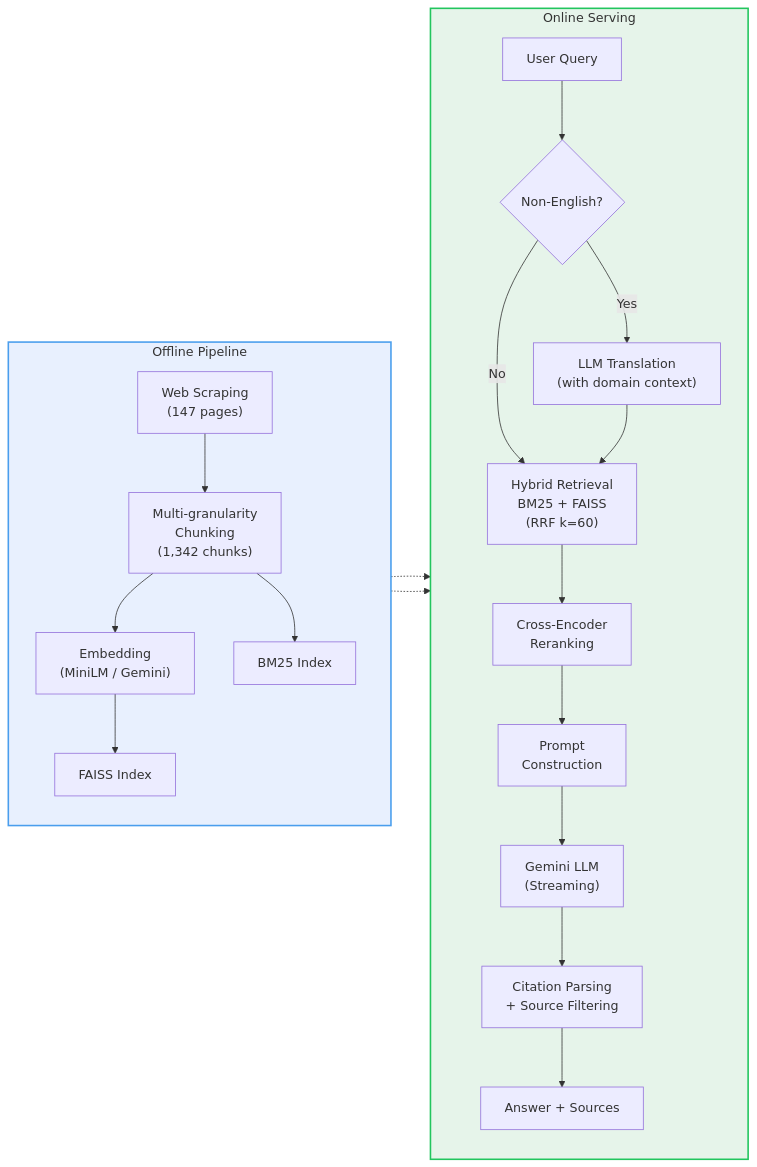
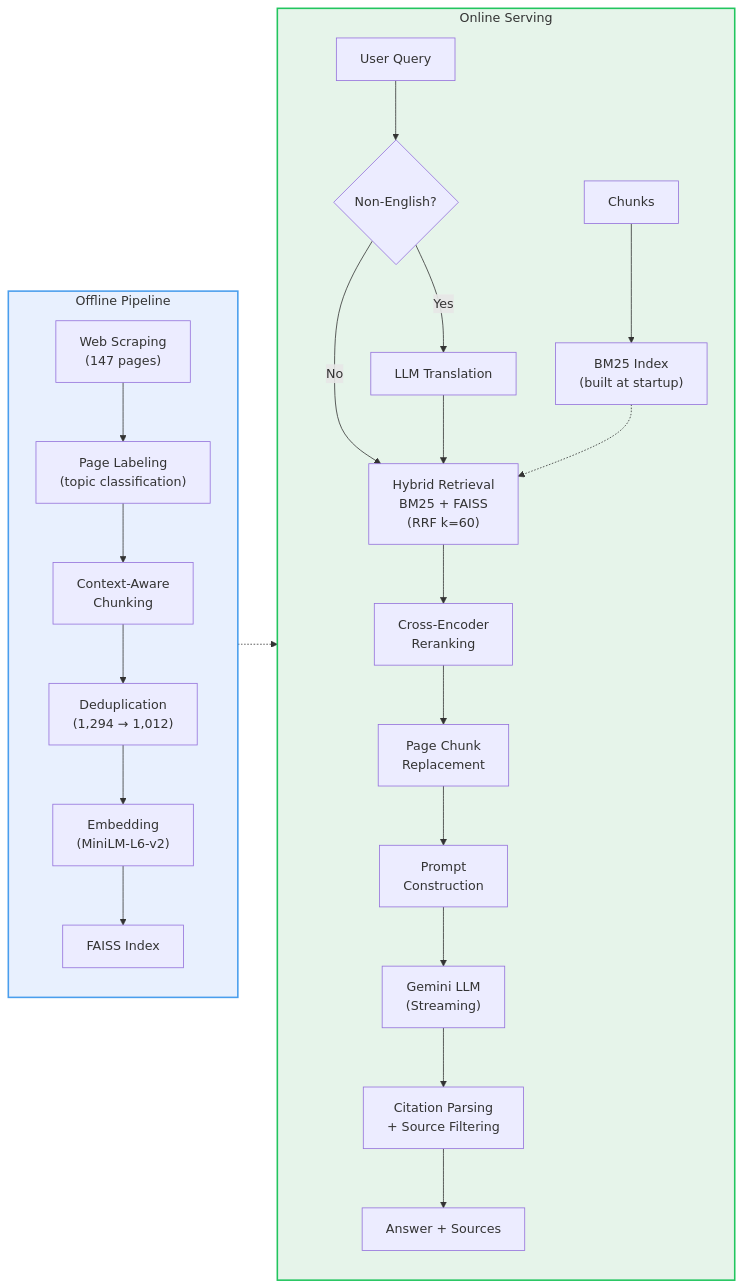
One commit to Michellexpeng/UChicago_ADS_RAG changed the diagram in README.md. Above: the diagram before and after it, drawn with Mermaid. The commit also changed other lines of this file and 8 other files, not shown here.

````diff
--- a/README.md
+++ b/README.md
@@ -65,28 +91,31 @@
 ```mermaid
 graph LR
   subgraph offline ["Offline Pipeline"]
     direction TB
-    A["Web Scraping\n(147 pages)"] --> B["Multi-granularity\nChunking\n(1,342 chunks)"]
-    B --> C["Embedding\n(MiniLM / Gemini)"]
+    A["Web Scraping\n(147 pages)"] --> L["Page Labeling\n(topic classification)"]
+    L --> B["Context-Aware\nChunking"]
+    B --> DD["Deduplication\n(1,294 → 1,012)"]
+    DD --> C["Embedding\n(MiniLM-L6-v2)"]
     C --> D["FAISS Index"]
-    B --> E["BM25 Index"]
   end
 
   subgraph online ["Online Serving"]
     direction TB
+    DD2["Chunks"] --> E["BM25 Index\n(built at startup)"]
     Q["User Query"] --> T{"Non-English?"}
-    T -- Yes --> TR["LLM Translation\n(with domain context)"]
+    T -- Yes --> TR["LLM Translation"]
     T -- No --> R
     TR --> R["Hybrid Retrieval\nBM25 + FAISS\n(RRF k=60)"]
     D -.-> R
     E -.-> R
     R --> RR["Cross-Encoder\nReranking"]
-    RR --> P["Prompt\nConstruction"]
-    P --> L["Gemini LLM\n(Streaming)"]
-    L --> CI["Citation Parsing\n+ Source Filtering"]
+    RR --> PC["Page Chunk\nReplacement"]
+    PC --> P["Prompt\nConstruction"]
+    P --> LLM["Gemini LLM\n(Streaming)"]
+    LLM --> CI["Citation Parsing\n+ Source Filtering"]
     CI --> AN["Answer + Sources"]
   end
 
   style offline fill:#e8f0fe,stroke:#4a9eed,stroke-width:2px
   style online fill:#e6f4ea,stroke:#22c55e,stroke-width:2px
 ```
````
